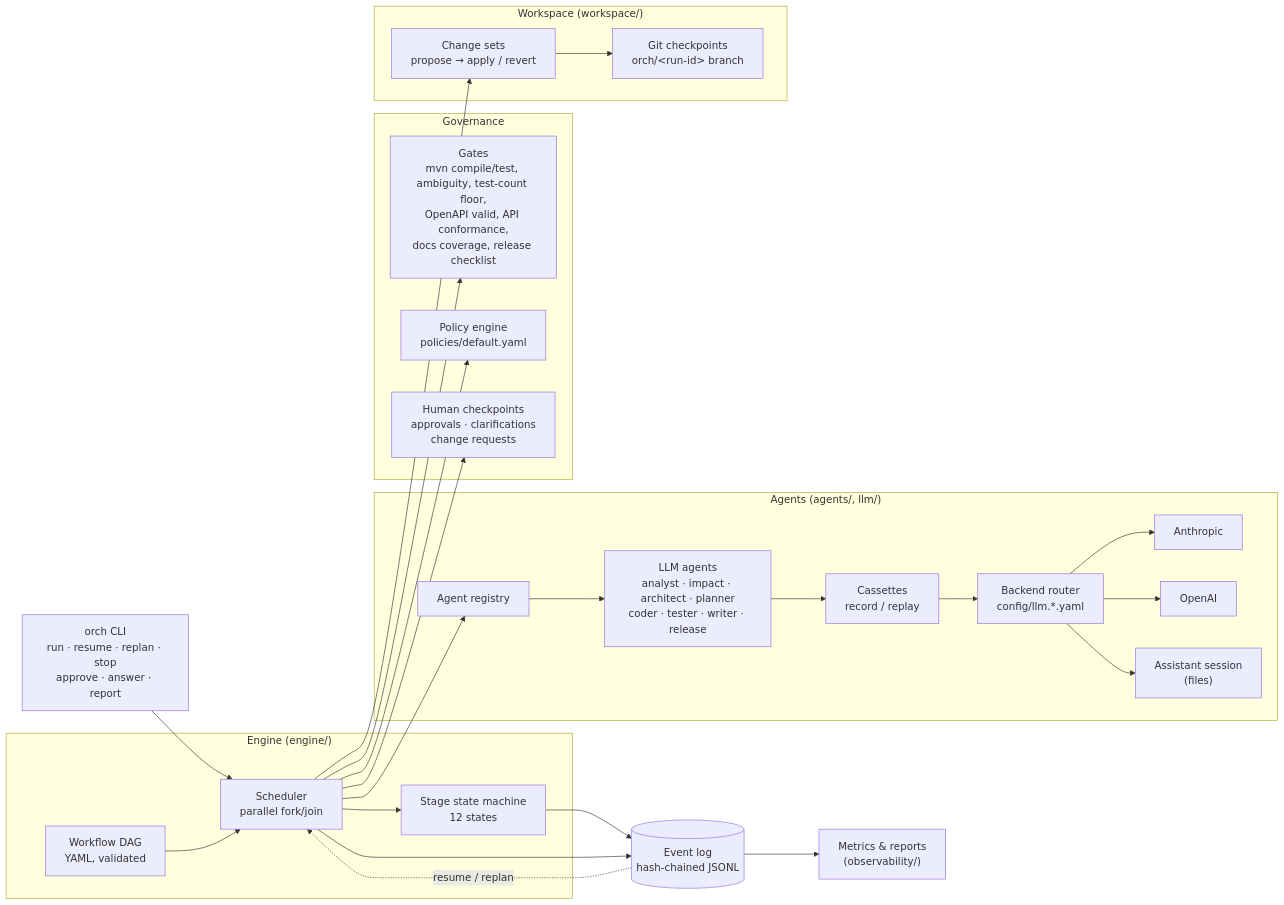
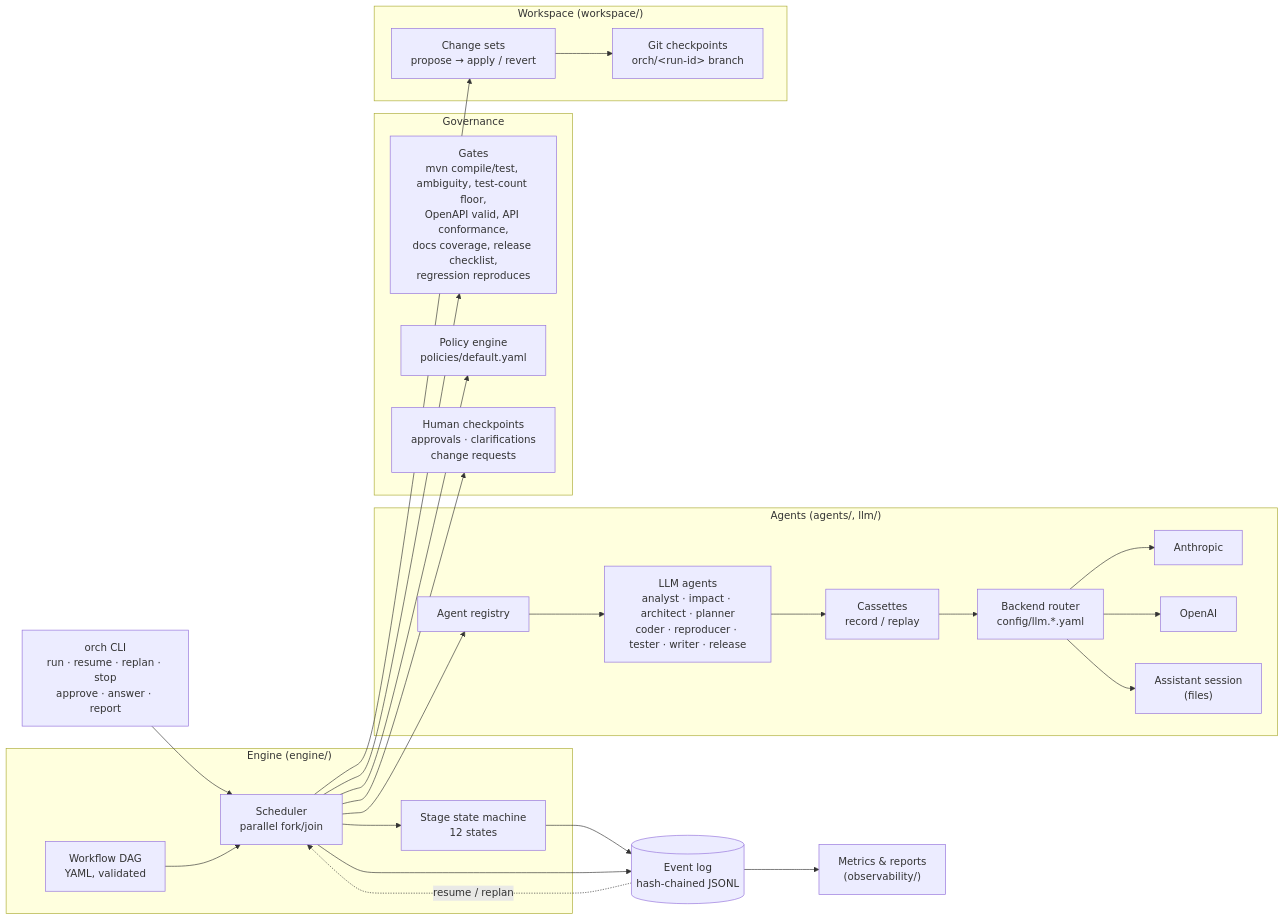
The first of 5 diagrams in docs/ARCHITECTURE.md (roopesh99/agentic-url-shortener), drawn with Mermaid before and after one commit. The commit also changed other lines of this file and 7 other files, not shown here.

````diff
--- a/docs/ARCHITECTURE.md
+++ b/docs/ARCHITECTURE.md
@@ -17,39 +17,39 @@
 ```mermaid
 flowchart LR
     CLI["orch CLI<br/>run · resume · replan · stop<br/>approve · answer · report"]
     subgraph Engine["Engine (engine/)"]
         DAG["Workflow DAG<br/>YAML, validated"]
         SCH["Scheduler<br/>parallel fork/join"]
         SM["Stage state machine<br/>12 states"]
     end
     subgraph Agents["Agents (agents/, llm/)"]
         REG["Agent registry"]
-        LLMA["LLM agents<br/>analyst · impact · architect · planner<br/>coder · tester · writer · release"]
+        LLMA["LLM agents<br/>analyst · impact · architect · planner<br/>coder · reproducer · tester · writer · release"]
         ROUTE["Backend router<br/>config/llm.*.yaml"]
         P1["Anthropic"]
         P2["OpenAI"]
         P3["Assistant session<br/>(files)"]
         CAS["Cassettes<br/>record / replay"]
     end
     subgraph Governance
-        GATES["Gates<br/>mvn compile/test, ambiguity, test-count floor,<br/>OpenAPI valid, API conformance,<br/>docs coverage, release checklist"]
+        GATES["Gates<br/>mvn compile/test, ambiguity, test-count floor,<br/>OpenAPI valid, API conformance,<br/>docs coverage, release checklist,<br/>regression reproduces"]
         POL["Policy engine<br/>policies/default.yaml"]
         APP["Human checkpoints<br/>approvals · clarifications<br/>change requests"]
     end
     subgraph Workspace["Workspace (workspace/)"]
         CS["Change sets<br/>propose → apply / revert"]
         GIT["Git checkpoints<br/>orch/&lt;run-id&gt; branch"]
     end
     LOG[("Event log<br/>hash-chained JSONL")]
     OBS["Metrics & reports<br/>(observability/)"]
 
     CLI --> SCH
     DAG --> SCH --> SM
     SCH --> REG --> LLMA --> CAS --> ROUTE --> P1 & P2 & P3
     SCH --> POL & GATES & APP
     SCH --> CS --> GIT
     SM --> LOG
     SCH --> LOG
     LOG --> OBS
     LOG -. resume / replan .-> SCH
 ```
````
